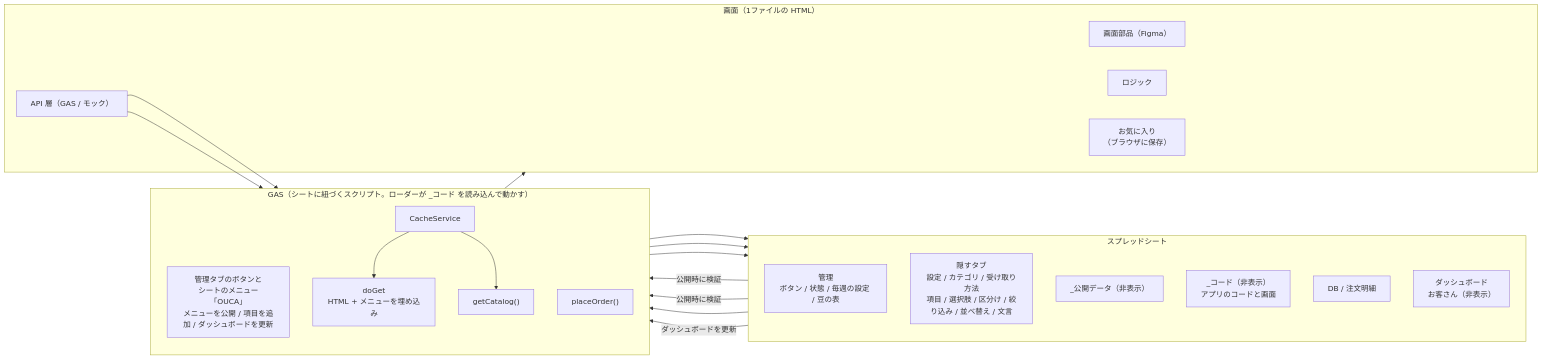
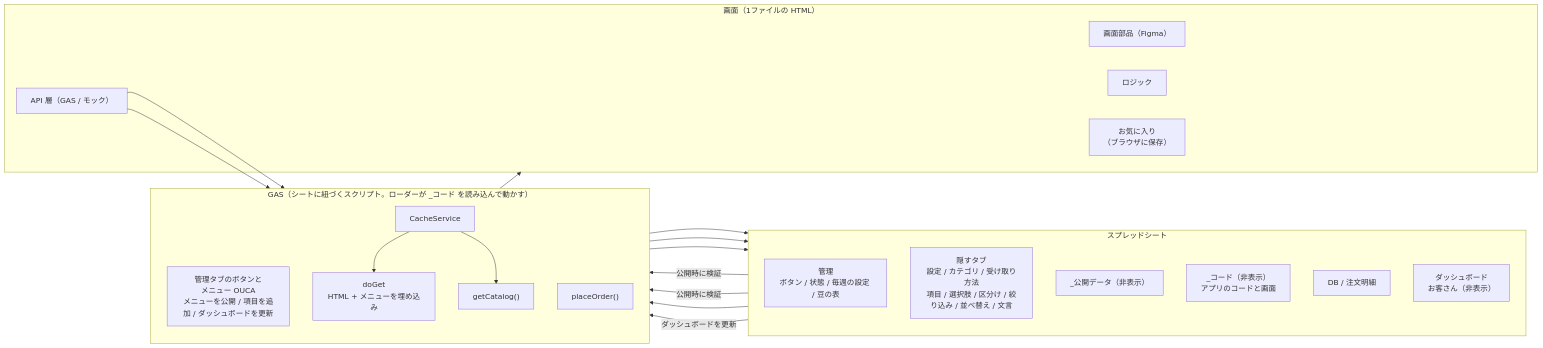
Before and after one commit to yuk-wq/ouca: the first of 5 diagrams in docs/to-be/design.md, drawn with Mermaid. The commit also changed other lines of this file and 5 other files, not shown here.

````diff
--- a/docs/to-be/design.md
+++ b/docs/to-be/design.md
@@ -46,32 +82,32 @@
 ```mermaid
 flowchart LR
   subgraph Sheet["スプレッドシート"]
     direction TB
     E1["管理<br/>ボタン / 状態 / 毎週の設定 / 豆の表"]
     E2["隠すタブ<br/>設定 / カテゴリ / 受け取り方法<br/>項目 / 選択肢 / 区分け / 絞り込み / 並べ替え / 文言"]
     P["_公開データ（非表示）"]
     K["_コード（非表示）<br/>アプリのコードと画面"]
     O["DB / 注文明細"]
     AN["ダッシュボード<br/>お客さん（非表示）"]
   end
   subgraph GAS["GAS（シートに紐づくスクリプト。ローダーが _コード を読み込んで動かす）"]
     direction TB
-    M["管理タブのボタンと<br/>シートのメニュー「OUCA」<br/>メニューを公開 / 項目を追加 / ダッシュボードを更新"]
+    M["管理タブのボタンと<br/>メニュー OUCA<br/>メニューを公開 / 項目を追加 / ダッシュボードを更新"]
     R["doGet<br/>HTML + メニューを埋め込み"]
     A1["getCatalog()"]
     A2["placeOrder()"]
     C["CacheService"]
   end
   subgraph Front["画面（1ファイルの HTML）"]
     V["画面部品（Figma）"]
     D["ロジック"]
     FAV["お気に入り<br/>（ブラウザに保存）"]
     API["API 層（GAS / モック）"]
   end
   E1 & E2 -->|"公開時に検証"| M --> P
   P --> C --> R --> Front
   C --> A1
   API --> A1
   API --> A2 --> O
   O -->|"ダッシュボードを更新"| M --> AN
 ```
````
